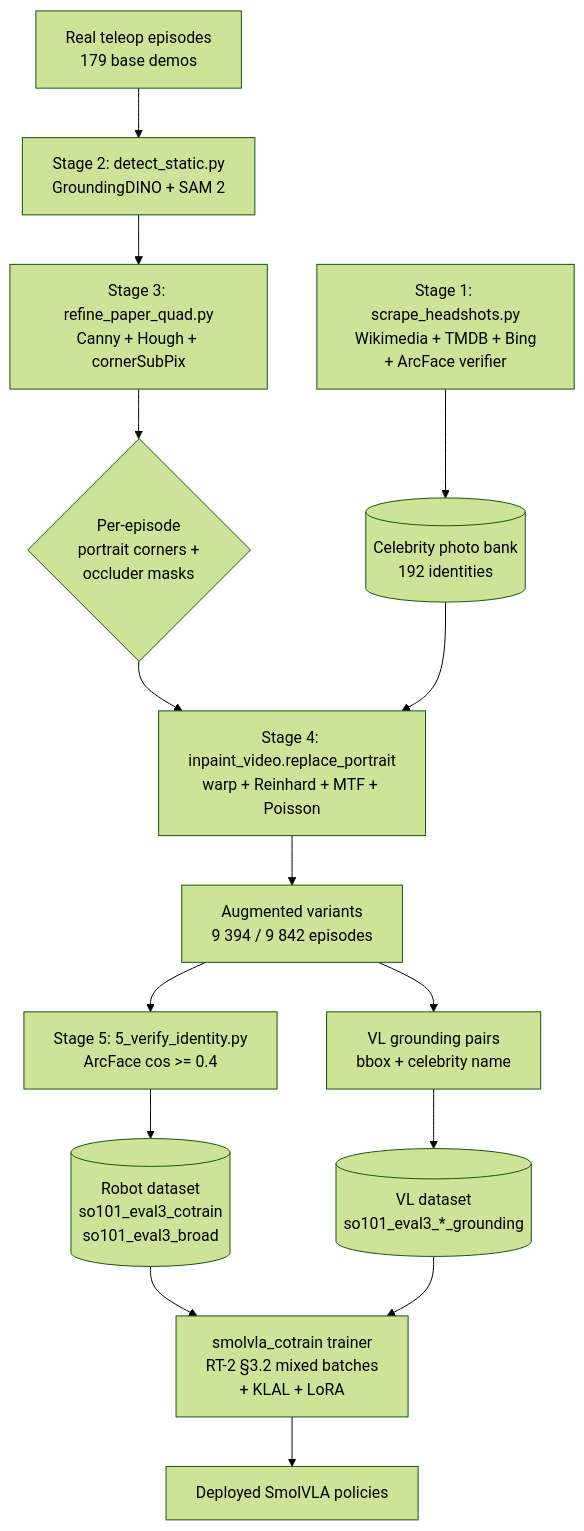
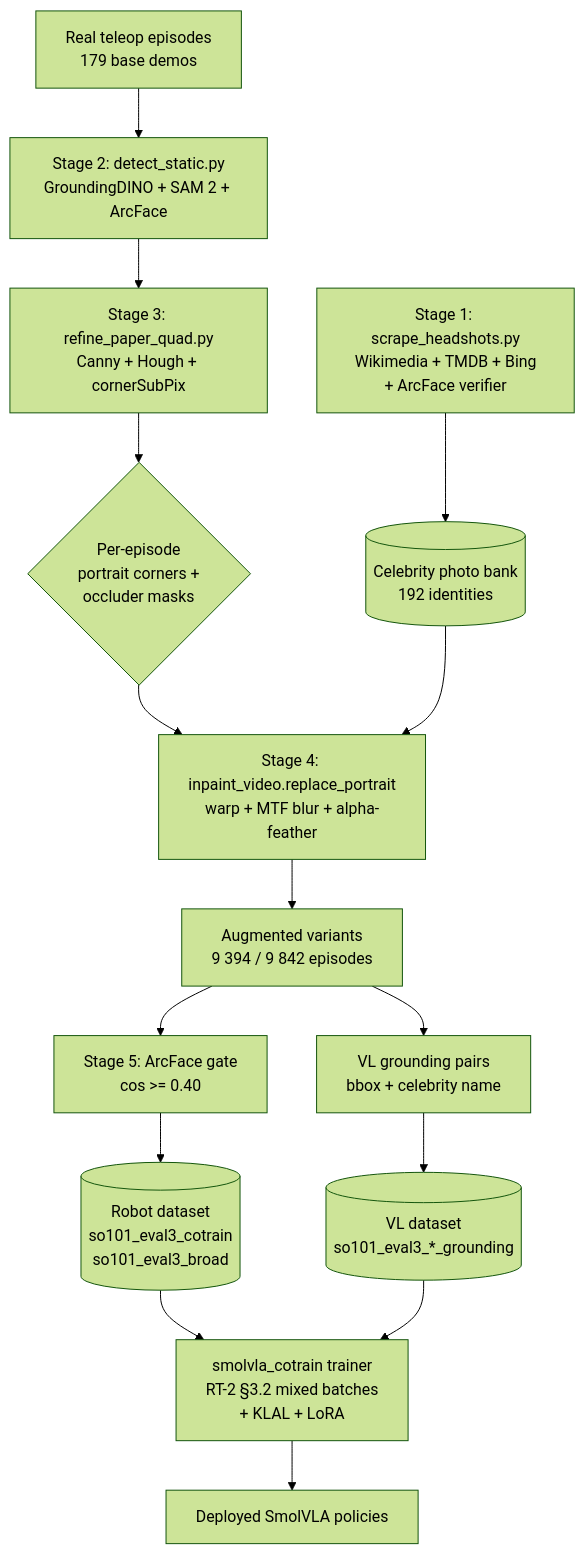
One commit to Ace3Z/LeMonkey changed the first of 4 diagrams in eval_3/aug/README.md. Above: the diagram before and after it, drawn with Mermaid (forest theme). The commit also changed other lines of this file and 3 other files, not shown here.

First line of the commit message:
docs(aug): restructure flow + drop Reinhard/Poisson from deployed recipe + ArcFace all-PASS demo

````diff
--- a/eval_3/aug/README.md
+++ b/eval_3/aug/README.md
@@ -33,17 +33,17 @@
 ```mermaid
 flowchart TB
-    A[Real teleop episodes<br/>179 base demos] --> B[Stage 2: detect_static.py<br/>GroundingDINO + SAM 2]
+    A[Real teleop episodes<br/>179 base demos] --> B[Stage 2: detect_static.py<br/>GroundingDINO + SAM 2 + ArcFace]
     B --> C[Stage 3: refine_paper_quad.py<br/>Canny + Hough + cornerSubPix]
     C --> D{Per-episode<br/>portrait corners +<br/>occluder masks}
     M[Stage 1: scrape_headshots.py<br/>Wikimedia + TMDB + Bing<br/>+ ArcFace verifier] --> N[(Celebrity photo bank<br/>192 identities)]
-    D --> E[Stage 4: inpaint_video.replace_portrait<br/>warp + Reinhard + MTF + Poisson]
+    D --> E[Stage 4: inpaint_video.replace_portrait<br/>warp + MTF blur + alpha-feather]
     N --> E
     E --> F[Augmented variants<br/>9 394 / 9 842 episodes]
-    F --> G[Stage 5: 5_verify_identity.py<br/>ArcFace cos &gt;= 0.4]
+    F --> G[Stage 5: ArcFace gate<br/>cos &gt;= 0.40]
     G --> H[(Robot dataset<br/>so101_eval3_cotrain<br/>so101_eval3_broad)]
     F --> I[VL grounding pairs<br/>bbox + celebrity name]
     I --> J[(VL dataset<br/>so101_eval3_*_grounding)]
     H --> K[smolvla_cotrain trainer<br/>RT-2 §3.2 mixed batches<br/>+ KLAL + LoRA]
     J --> K
     K --> L[Deployed SmolVLA policies]
 ```
````
